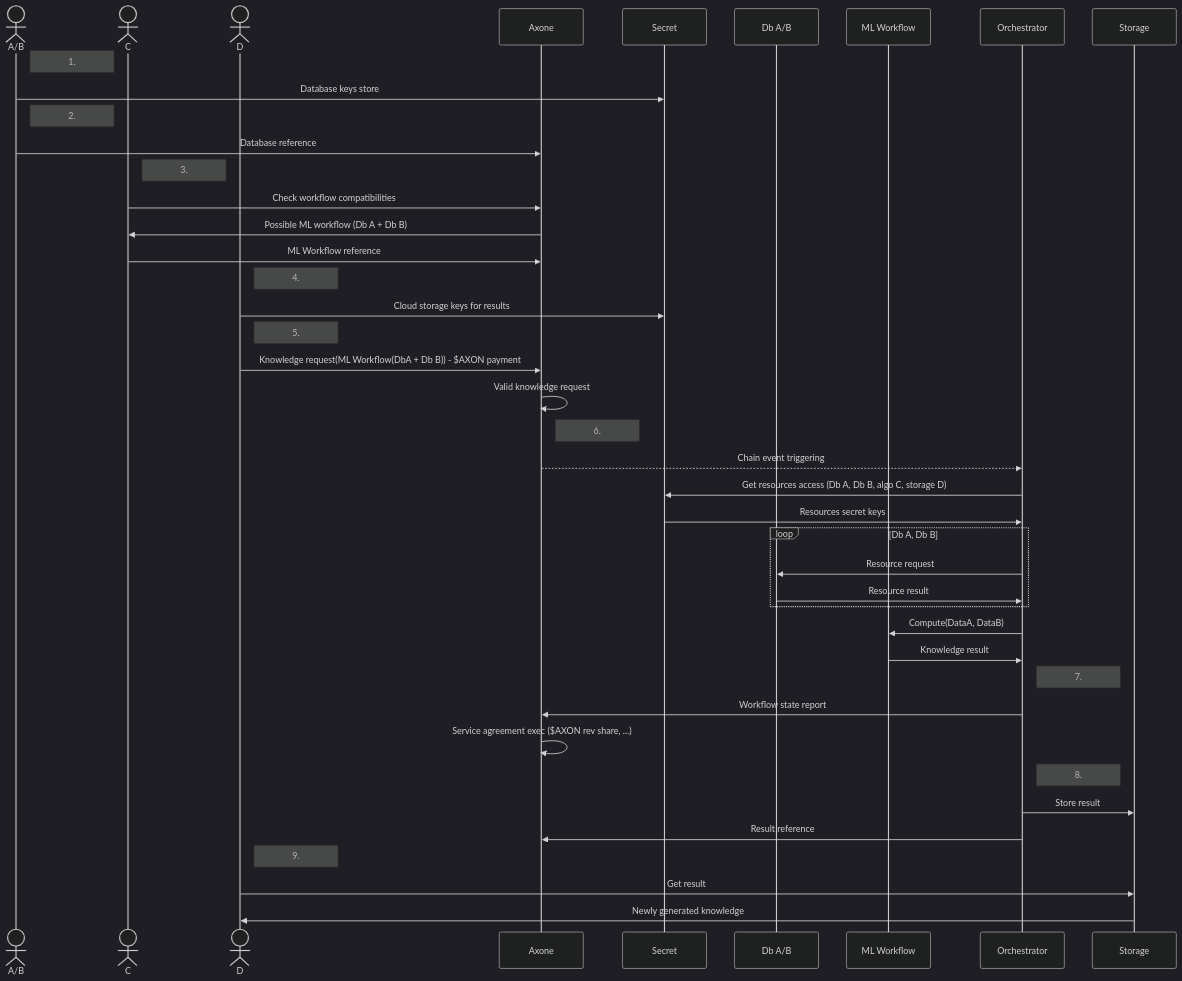
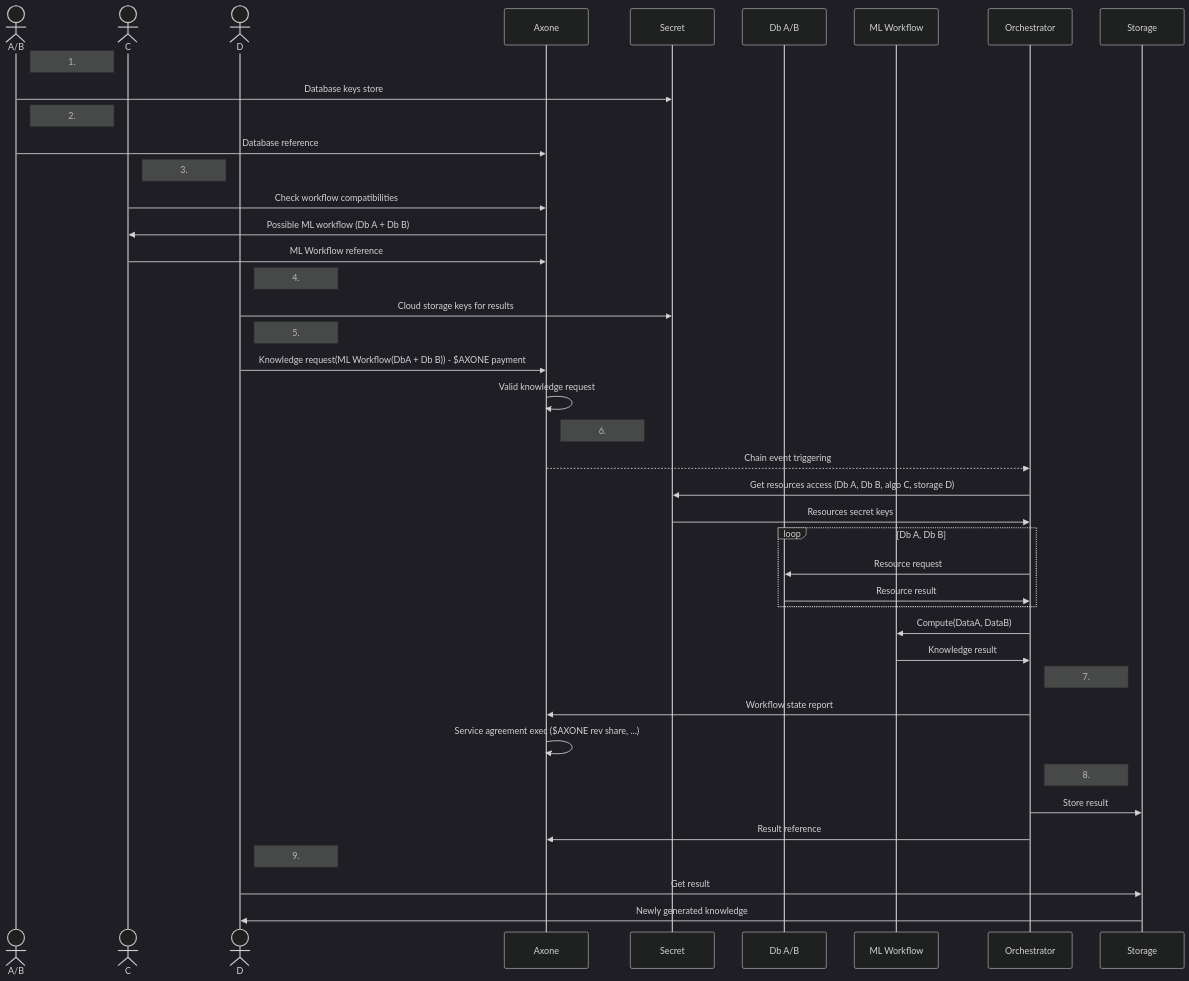
The diagram in docs/whitepaper/architecture.mdx (axone-protocol/docs), drawn with Mermaid (dark theme) before and after one commit. The commit also changed other lines of this file and 11 other files, not shown here.

````diff
--- a/docs/whitepaper/architecture.mdx
+++ b/docs/whitepaper/architecture.mdx
@@ -230,56 +230,56 @@
 ```mermaid
 
 sequenceDiagram
 
     actor DataProv as A/B
     actor ServProv as C
     actor IndD as D
     participant Axone
     participant Secret
     participant Db A/B
     participant ML Workflow
     participant Orchestrator
     participant Storage
 
 Note right of DataProv: 1.
 DataProv->> Secret: Database keys store
 
 Note right of DataProv: 2.
 DataProv->> Axone: Database reference
 
 Note right of ServProv: 3.
 ServProv->> Axone: Check workflow compatibilities
 Axone->> ServProv: Possible ML workflow (Db A + Db B)
 ServProv->> Axone: ML Workflow reference
 
 Note right of IndD: 4.
 IndD->> Secret: Cloud storage keys for results
 
 Note right of IndD: 5.
-IndD->> Axone: Knowledge request(ML Workflow(DbA + Db B)) - $AXON payment
+IndD->> Axone: Knowledge request(ML Workflow(DbA + Db B)) - $AXONE payment
 Axone->>Axone: Valid knowledge request
 
 Note right of Axone: 6.
 Axone-->>Orchestrator: Chain event triggering
 Orchestrator->> Secret: Get resources access (Db A, Db B, algo C, storage D)
 Secret->> Orchestrator: Resources secret keys
 loop Db A, Db B
 Orchestrator->> Db A/B: Resource request
 Db A/B->> Orchestrator: Resource result
 end
 Orchestrator->> ML Workflow: Compute(DataA, DataB)
 ML Workflow->> Orchestrator: Knowledge result
 
 Note right of Orchestrator: 7.
 Orchestrator->> Axone: Workflow state report
-Axone->>Axone: Service agreement exec ($AXON rev share, ...)
+Axone->>Axone: Service agreement exec ($AXONE rev share, ...)
 
 Note right of Orchestrator: 8.
 Orchestrator->> Storage: Store result
 Orchestrator->> Axone: Result reference
 
 Note right of IndD: 9.
 IndD->> Storage: Get result
 Storage->>IndD: Newly generated knowledge
 
 ```
````
